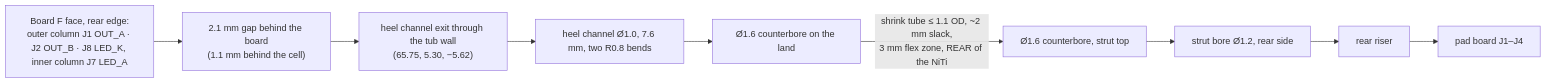
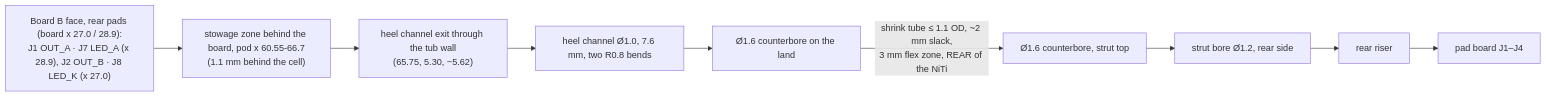
The diagram in docs/system/reg-arm.md (HrafnaValkyrja/ultrasonic), drawn with Mermaid before and after one commit. The commit also changed other lines of this file and 3 other files, not shown here.

First line of the commit message:
docs/system: reg-pod-body, physical bodies rewritten to shell_r2/dims_r2 (lid-hung board on per-pad-cut VHB, sealed D1.0 duct + gauge pin, SW1 pocket + puck, Phase-2 assembly order); reg-arm/reg-pad board-side landing on the rear B pads

````diff
--- a/docs/system/reg-arm.md
+++ b/docs/system/reg-arm.md
@@ -17,9 +18,9 @@
 ```mermaid
 flowchart LR
-  J["Board F face, rear edge:<br/>outer column J1 OUT_A · J2 OUT_B · J8 LED_K, inner column J7 LED_A"] --> GAP["2.1 mm gap behind the board<br/>(1.1 mm behind the cell)"]
+  J["Board B face, rear pads (board x 27.0 / 28.9):<br/>J1 OUT_A · J7 LED_A (x 28.9), J2 OUT_B · J8 LED_K (x 27.0)"] --> GAP["stowage zone behind the board, pod x 60.55-66.7<br/>(1.1 mm behind the cell)"]
   GAP --> EXIT["heel channel exit through the tub wall<br/>(65.75, 5.30, −5.62)"]
   EXIT --> CH["heel channel Ø1.0, 7.6 mm, two R0.8 bends"]
   CH --> CB1["Ø1.6 counterbore on the land"]
   CB1 -->|"shrink tube ≤ 1.1 OD, ~2 mm slack,<br/>3 mm flex zone, REAR of the NiTi"| CB2["Ø1.6 counterbore, strut top"]
   CB2 --> SB["strut bore Ø1.2, rear side"] --> R["rear riser"] --> PB["pad board J1–J4"]
 ```
````
